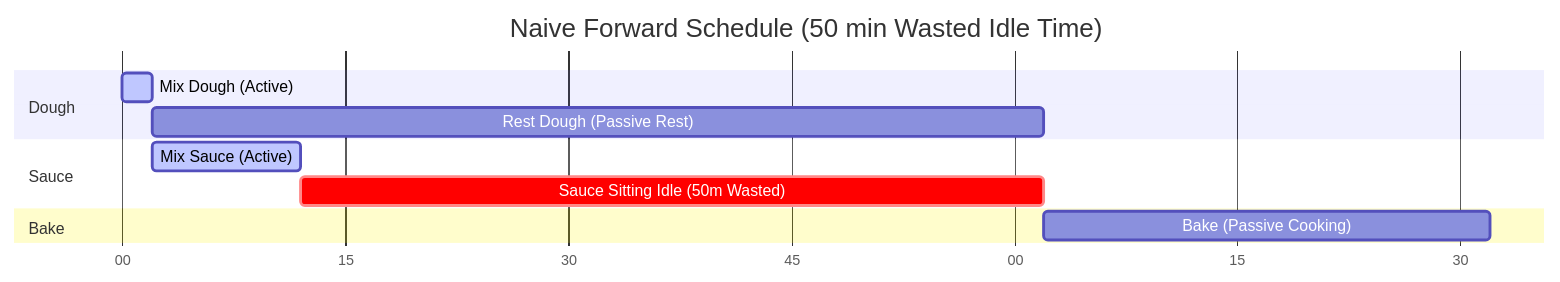
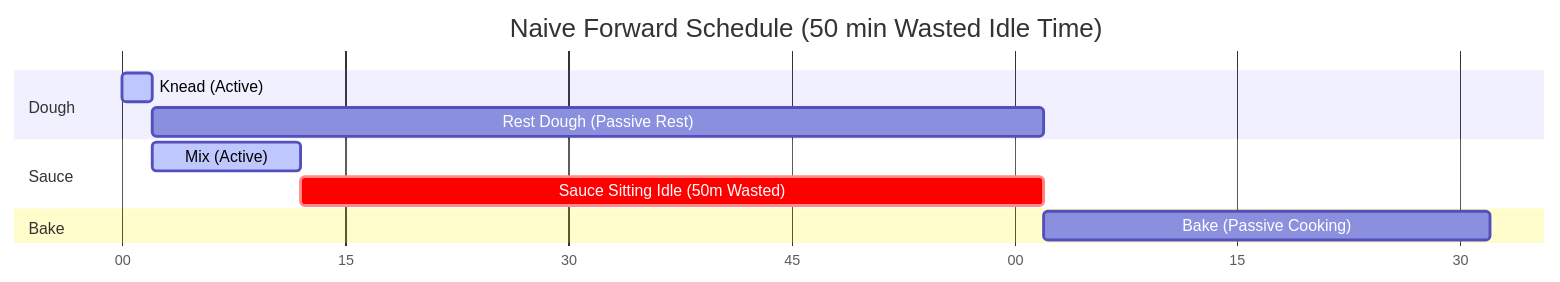
The first of 3 diagrams in packages/docs/src/explanation/alap-scheduling.md (gram-lang/gram), drawn with Mermaid before and after one commit. The commit also changed other lines of this file and 3 other files, not shown here.

````diff
--- a/packages/docs/src/explanation/alap-scheduling.md
+++ b/packages/docs/src/explanation/alap-scheduling.md
@@ -19,17 +21,17 @@
 ```mermaid
 gantt
     title Naive Forward Schedule (50 min Wasted Idle Time)
     dateFormat  m
     axisFormat %M
     
     section Dough
-    Mix Dough (Active)             : active, a1, 0, 2m
+    Knead (Active)                 : active, a1, 0, 2m
     Rest Dough (Passive Rest)      : a2, after a1, 60m
     
     section Sauce
-    Mix Sauce (Active)             : active, a3, after a1, 10m
+    Mix (Active)                   : active, a3, after a1, 10m
     Sauce Sitting Idle (50m Wasted): crit, a4, after a3, 50m
     
     section Bake
     Bake (Passive Cooking)         : a5, after a2, 30m
 ```
````
